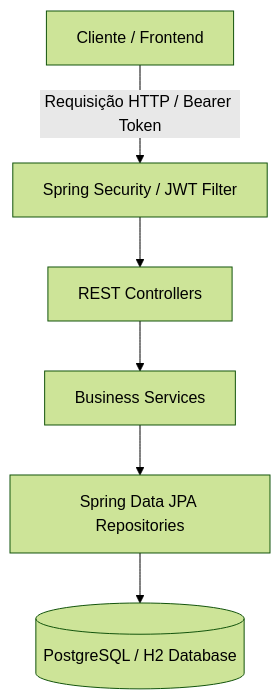
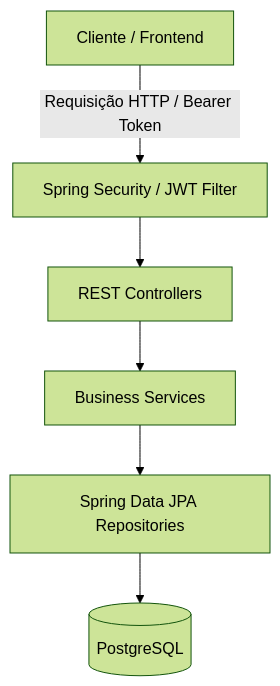
One commit to J3f3r/Jecommerce changed the diagram in README.md. Above: the diagram before and after it, drawn with Mermaid (forest theme). The commit also changed other lines of this file and 1 other file, not shown here.

````diff
--- a/README.md
+++ b/README.md
@@ -29,8 +32,8 @@
 ```mermaid
 graph TD
     Client[Cliente / Frontend] -->|Requisição HTTP / Bearer Token| Security[Spring Security / JWT Filter]
     Security --> Controllers[REST Controllers]
     Controllers --> Services[Business Services]
     Services --> Repositories[Spring Data JPA Repositories]
-    Repositories --> DB[(PostgreSQL / H2 Database)]
+    Repositories --> DB[(PostgreSQL)]
 ```
````
